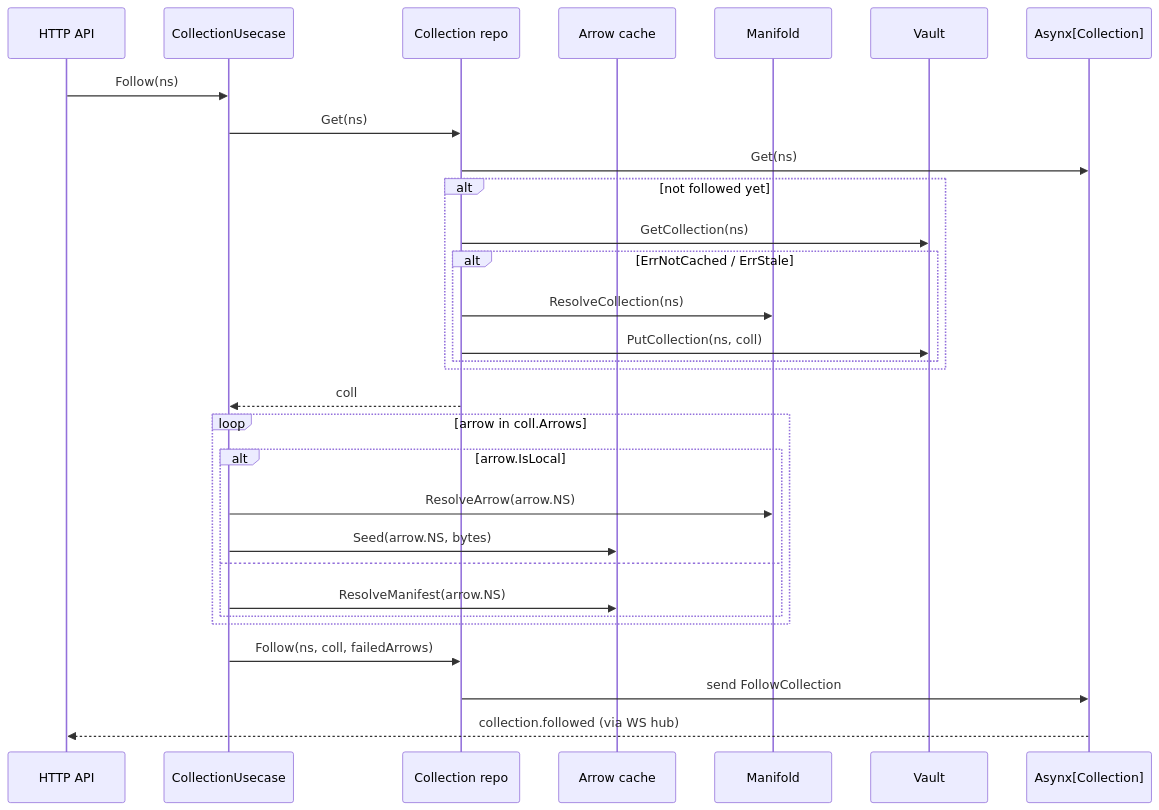
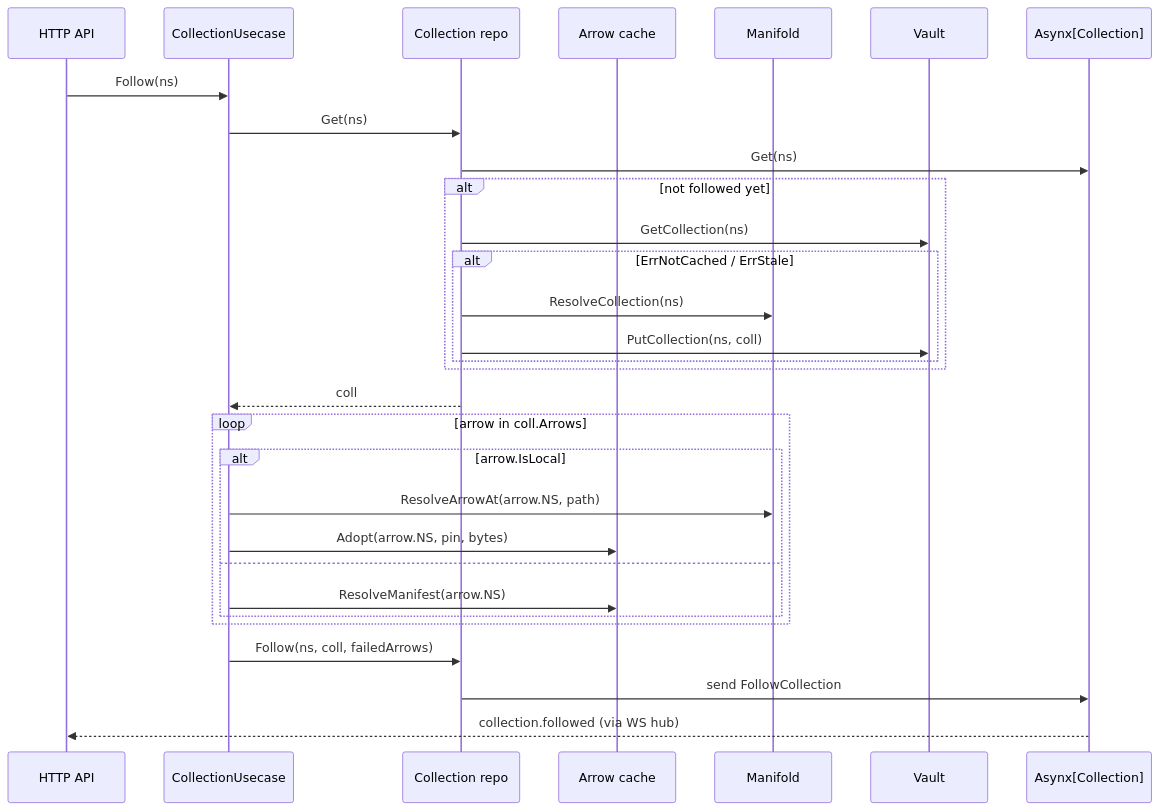
Before and after one commit to rabbytesoftware/quiver.core: the fourth of 4 diagrams in docs/spec/usecases.md, drawn with Mermaid. The commit also changed other lines of this file and 357 other files, not shown here.

````diff
--- a/docs/spec/usecases.md
+++ b/docs/spec/usecases.md
@@ -431,33 +442,33 @@
 ```mermaid
 sequenceDiagram
     participant API as HTTP API
     participant UC as CollectionUsecase
     participant CR as Collection repo
     participant AR as Arrow cache
     participant M as Manifold
     participant V as Vault
     participant AxC as Asynx[Collection]
 
     API->>UC: Follow(ns)
     UC->>CR: Get(ns)
     CR->>AxC: Get(ns)
     alt not followed yet
         CR->>V: GetCollection(ns)
         alt ErrNotCached / ErrStale
             CR->>M: ResolveCollection(ns)
             CR->>V: PutCollection(ns, coll)
         end
     end
     CR-->>UC: coll
     loop arrow in coll.Arrows
         alt arrow.IsLocal
-            UC->>M: ResolveArrow(arrow.NS)
-            UC->>AR: Seed(arrow.NS, bytes)
+            UC->>M: ResolveArrowAt(arrow.NS, path)
+            UC->>AR: Adopt(arrow.NS, pin, bytes)
         else
             UC->>AR: ResolveManifest(arrow.NS)
         end
     end
     UC->>CR: Follow(ns, coll, failedArrows)
     CR->>AxC: send FollowCollection
     AxC-->>API: collection.followed (via WS hub)
 ```
````
